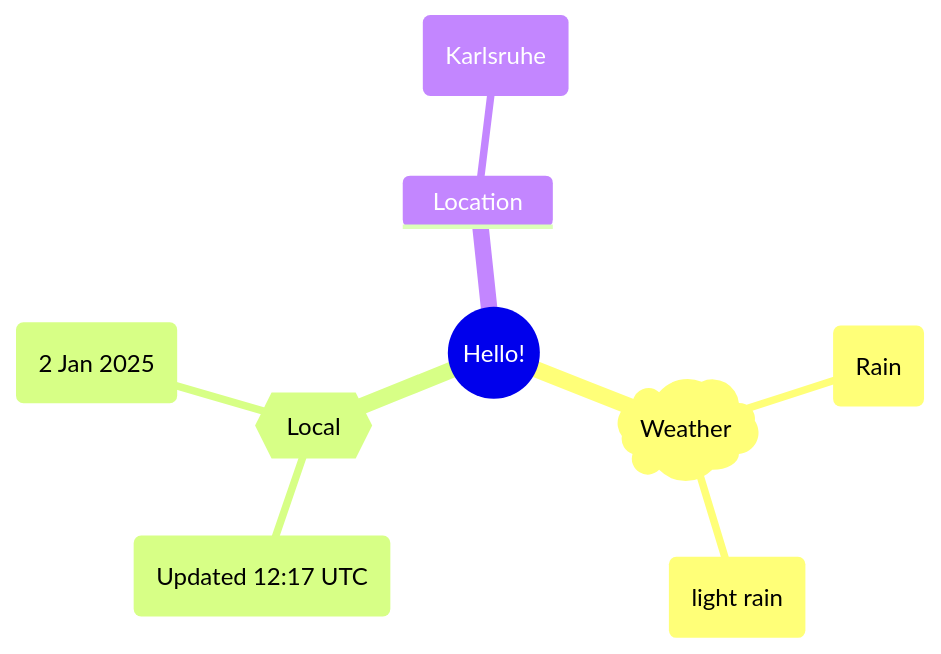
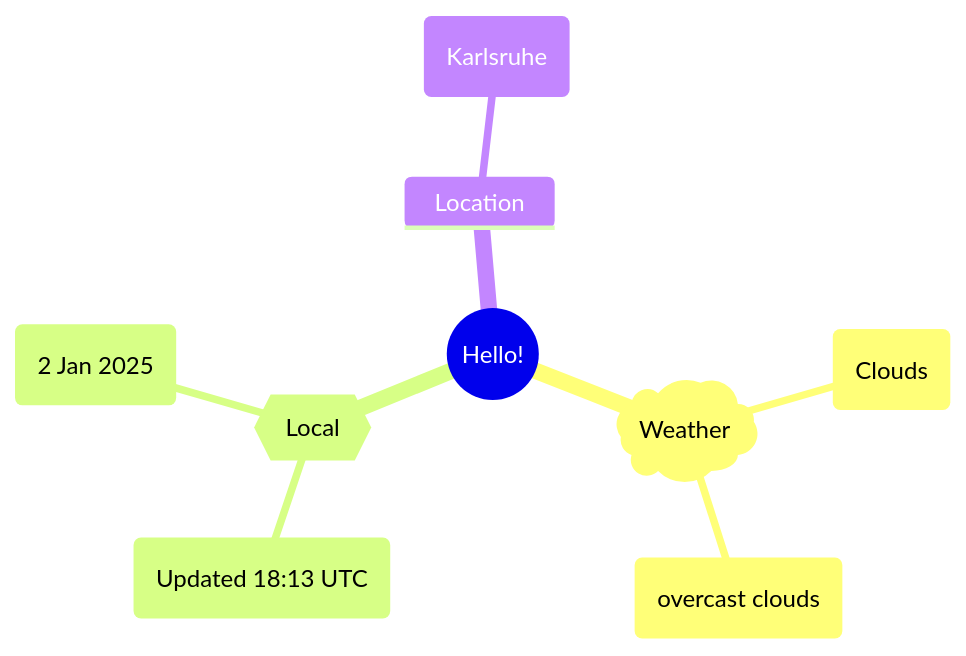
One commit to Xosrov/Xosrov changed the first of 2 diagrams in README.md. Above: the diagram before and after it, drawn with Mermaid.

Commit message:
[bot] updated images

````diff
--- a/README.md
+++ b/README.md
@@ -3,12 +3,12 @@
 ```mermaid
 mindmap
   root((Hello!))
     )Weather(
-        (Rain)
-        (light rain)
+        (Clouds)
+        (overcast clouds)
     {{Local}}
-        (Updated 12:17 UTC)
+        (Updated 18:13 UTC)
         (2 Jan 2025)
     Location
         (Karlsruhe)
 ```
````
